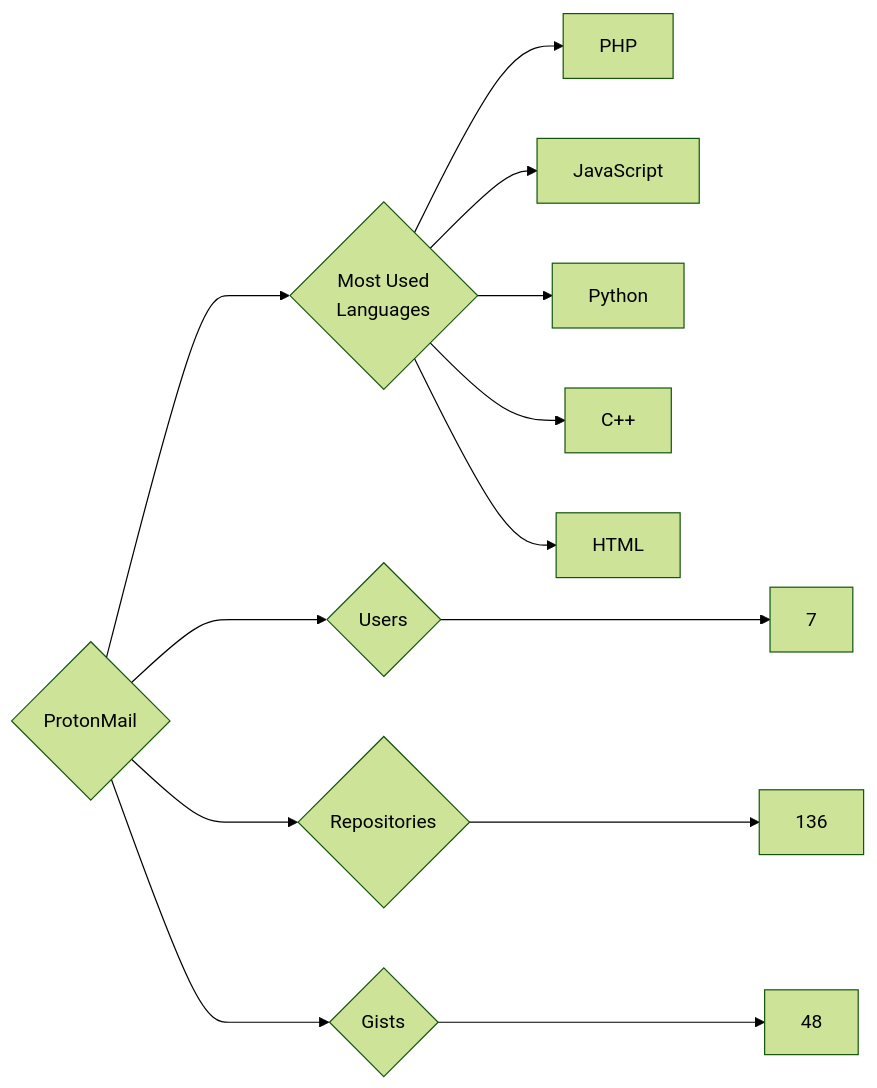
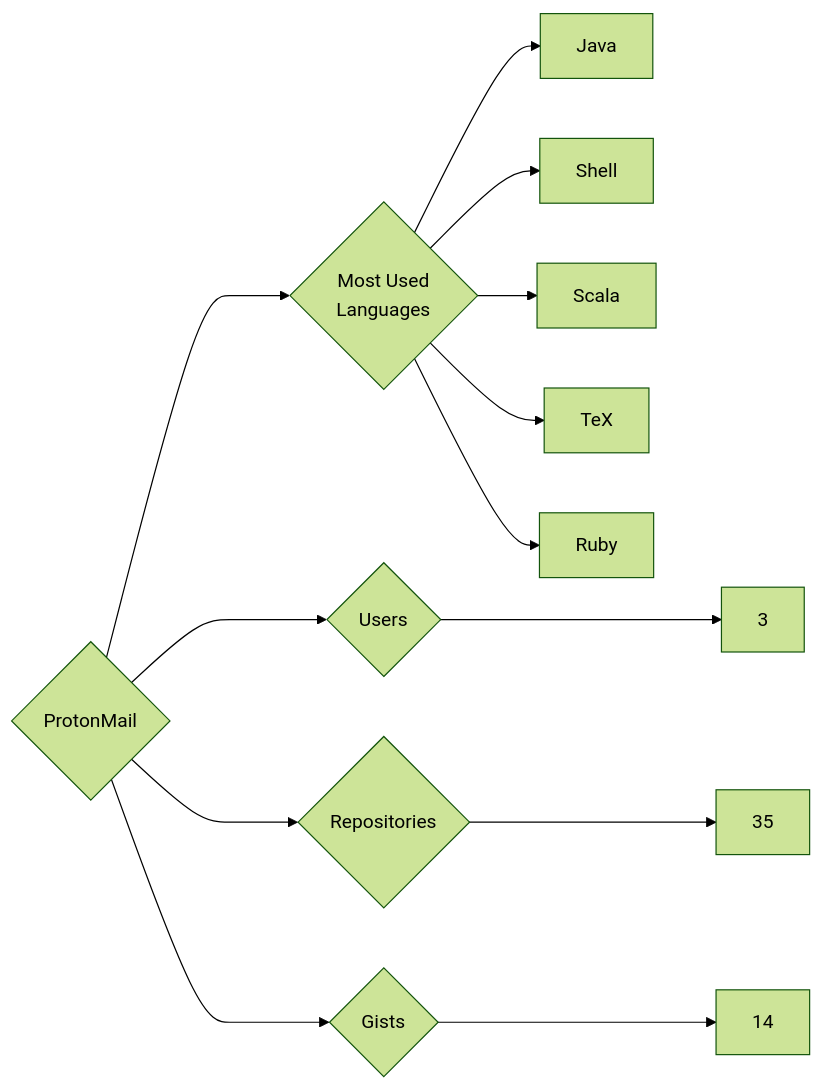
Before and after one commit to trickest/insiders: the diagram in targets/ProtonMail/README.md, drawn with Mermaid (forest theme). The commit also changed 695 other files, not shown here.

````diff
--- a/targets/ProtonMail/README.md
+++ b/targets/ProtonMail/README.md
@@ -3,13 +3,13 @@
 ```mermaid
 graph LR
 COMPANY_NAME{ProtonMail}
-COMPANY_NAME ---> U{Users} ---> UN[7]
-COMPANY_NAME ---> R{Repositories} ---> RN[136]
-COMPANY_NAME ---> G{Gists} ---> GN[48]
+COMPANY_NAME ---> U{Users} ---> UN[3]
+COMPANY_NAME ---> R{Repositories} ---> RN[35]
+COMPANY_NAME ---> G{Gists} ---> GN[14]
 COMPANY_NAME ---> ML{Most Used<br>Languages}
-ML --> PHP[PHP]
-ML --> JavaScript[JavaScript]
-ML --> Python[Python]
-ML --> C++[C++]
-ML --> HTML[HTML]
+ML --> Java[Java]
+ML --> Shell[Shell]
+ML --> Scala[Scala]
+ML --> TeX[TeX]
+ML --> Ruby[Ruby]
 ```
````
